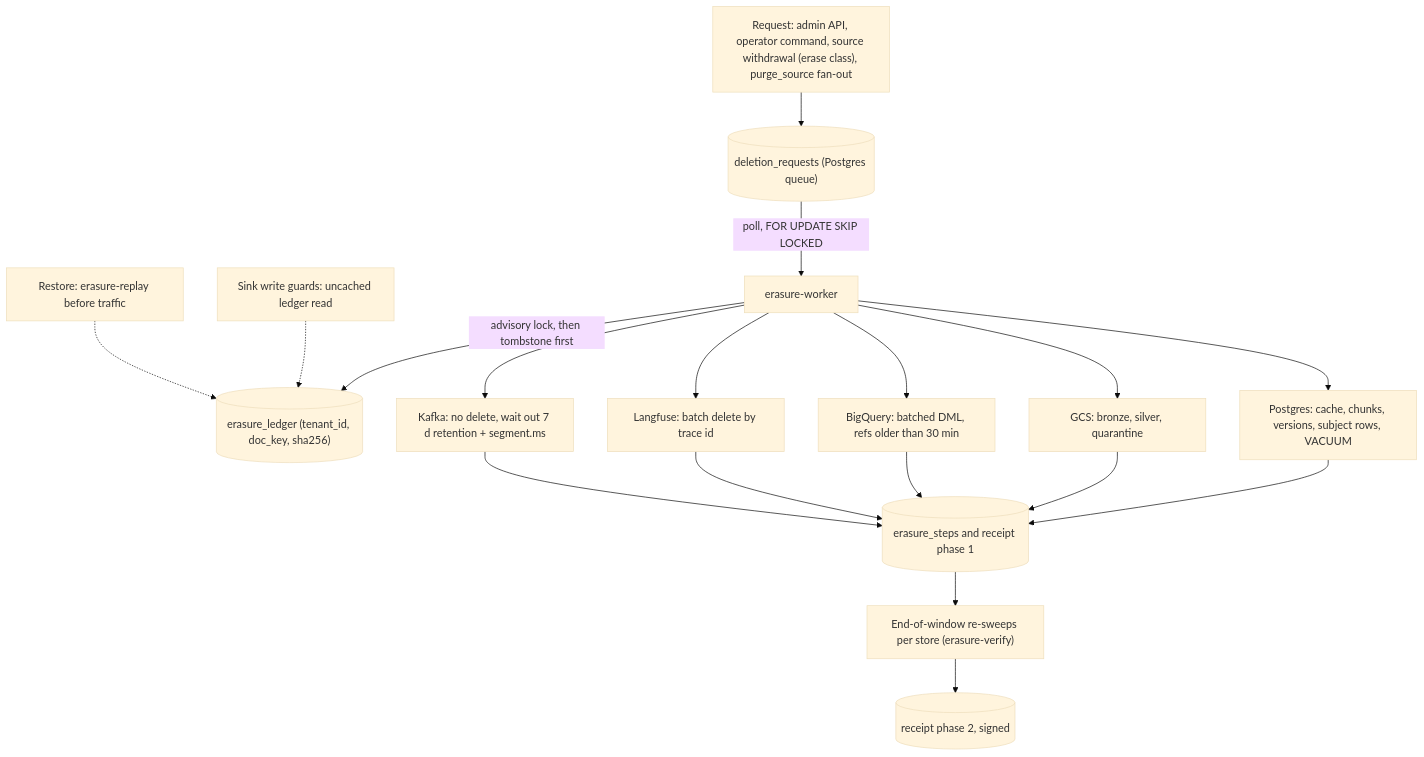
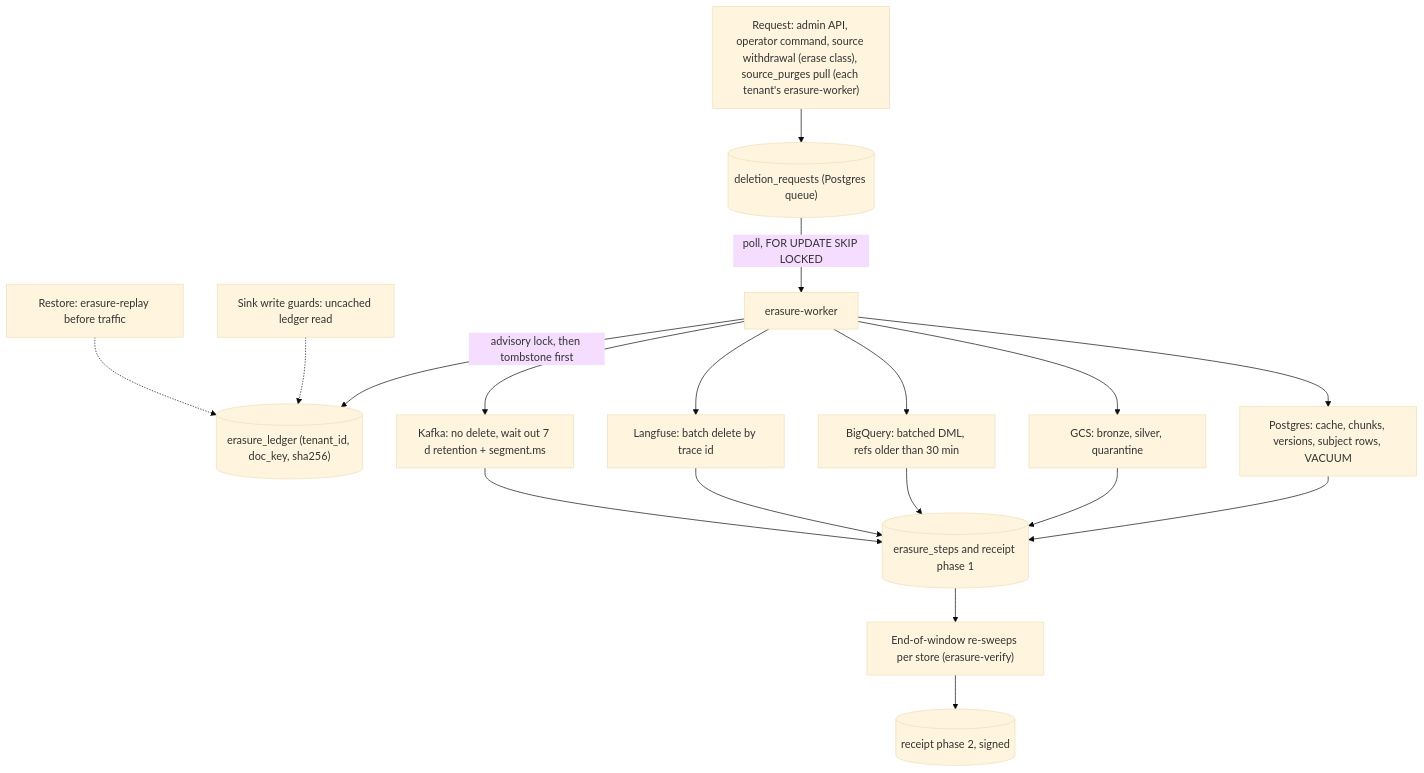
The second of 2 diagrams in projects/finadvisor/arch/deep-dive/04-2-source-lifecycle-and-cells.md (Keshav0375/sage), drawn with Mermaid (base theme) before and after one commit. The commit also changed other lines of this file and 63 other files, not shown here.

````diff
--- a/projects/finadvisor/arch/deep-dive/04-2-source-lifecycle-and-cells.md
+++ b/projects/finadvisor/arch/deep-dive/04-2-source-lifecycle-and-cells.md
@@ -81,20 +81,20 @@
 ```mermaid
 flowchart TB
-    REQ["Request: admin API, operator command, source withdrawal (erase class), purge_source fan-out"] --> QUEUE[("deletion_requests (Postgres queue)")]
+    REQ["Request: admin API, operator command, source withdrawal (erase class), source_purges pull (each tenant's erasure-worker)"] --> QUEUE[("deletion_requests (Postgres queue)")]
     QUEUE -->|"poll, FOR UPDATE SKIP LOCKED"| EW["erasure-worker"]
     EW -->|"advisory lock, then tombstone first"| LEDGER[("erasure_ledger (tenant_id, doc_key, sha256)")]
     EW --> PG["Postgres: cache, chunks, versions, subject rows, VACUUM"]
     EW --> OBJ["GCS: bronze, silver, quarantine"]
     EW --> BQD["BigQuery: batched DML, refs older than 30 min"]
     EW --> LFD["Langfuse: batch delete by trace id"]
     EW --> KW["Kafka: no delete, wait out 7 d retention + segment.ms"]
     PG --> STEPS[("erasure_steps and receipt phase 1")]
     OBJ --> STEPS
     BQD --> STEPS
     LFD --> STEPS
     KW --> STEPS
     STEPS --> RESWEEP["End-of-window re-sweeps per store (erasure-verify)"]
     RESWEEP --> RCPT2[("receipt phase 2, signed")]
     SINKS["Sink write guards: uncached ledger read"] -.-> LEDGER
     RESTORE["Restore: erasure-replay before traffic"] -.-> LEDGER
 ```
````
